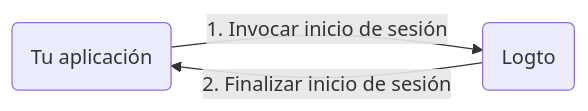
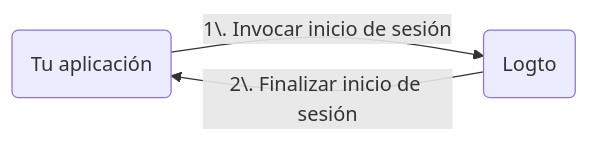
The diagram in i18n/es/docusaurus-plugin-content-docs/current/quick-starts/fragments/_web-sign-in-flow-summary.mdx (logto-io/docs), drawn with Mermaid before and after one commit. The commit also changed other lines of this file and 162 other files, not shown here.

````diff
--- a/i18n/es/docusaurus-plugin-content-docs/current/quick-starts/fragments/_web-sign-in-flow-summary.mdx
+++ b/i18n/es/docusaurus-plugin-content-docs/current/quick-starts/fragments/_web-sign-in-flow-summary.mdx
@@ -5,5 +5,5 @@
 ```mermaid
 graph LR
-    A(Tu aplicación) -->|1. Invocar inicio de sesión| B(Logto)
-    B -->|2. Finalizar inicio de sesión| A
+    A(Tu aplicación) -->|1\. Invocar inicio de sesión| B(Logto)
+    B -->|2\. Finalizar inicio de sesión| A
 ```
````
